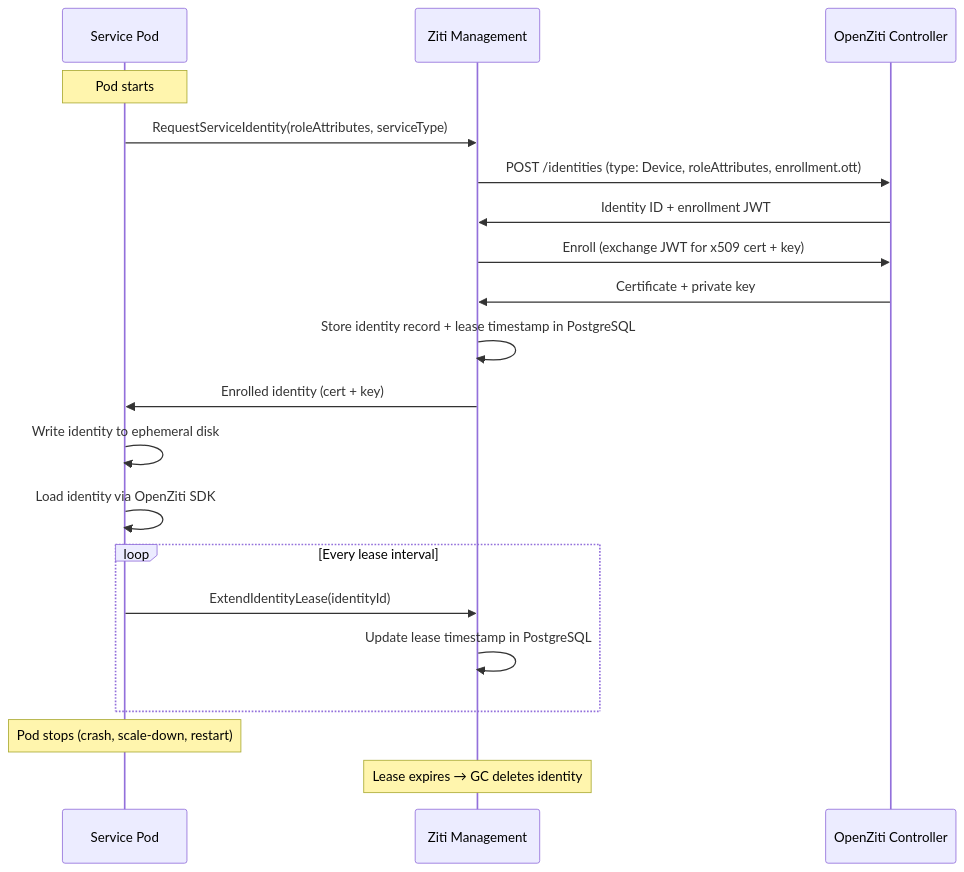
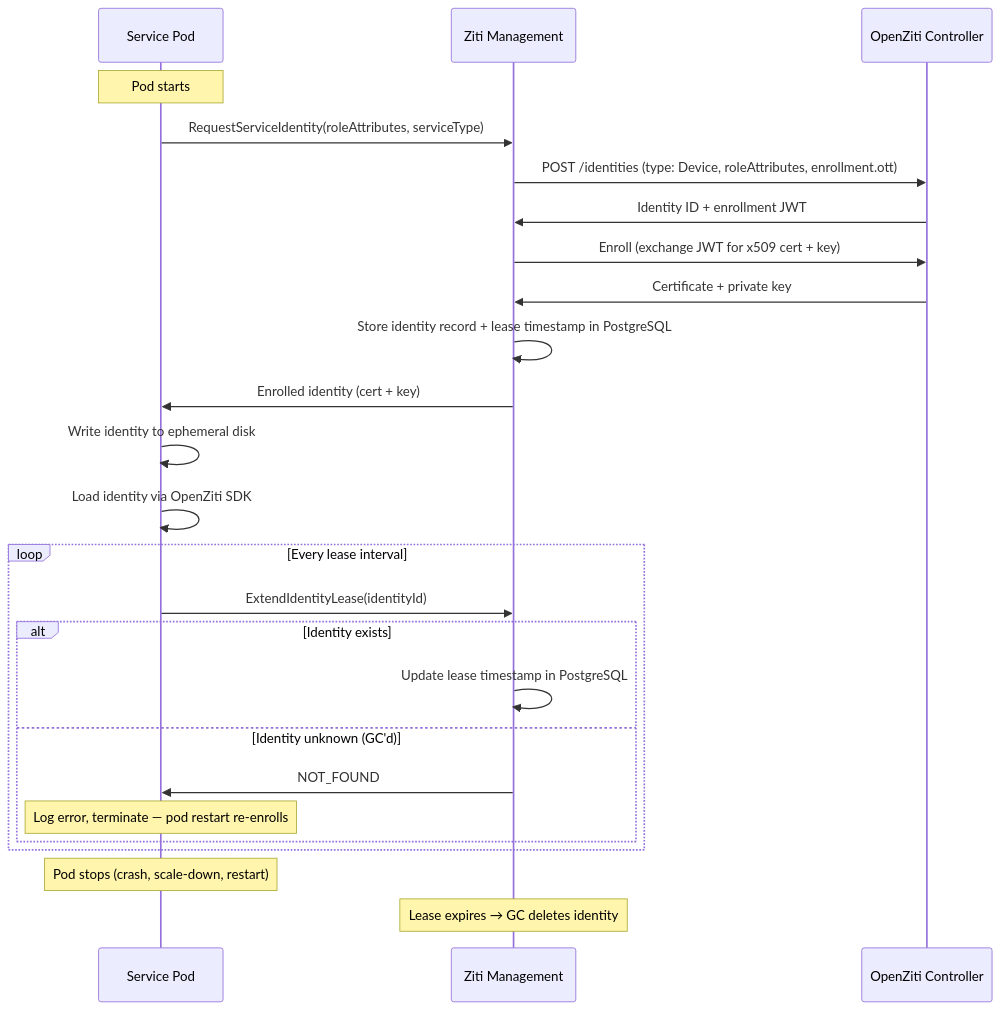
Before and after one commit to agynio/architecture: the second of 6 diagrams in architecture/openziti.md, drawn with Mermaid. The commit also changed other lines of this file and 11 other files, not shown here.

````diff
--- a/architecture/openziti.md
+++ b/architecture/openziti.md
@@ -196,25 +197,30 @@
 ```mermaid
 sequenceDiagram
     participant P as Service Pod
     participant ZM as Ziti Management
     participant ZC as OpenZiti Controller
 
     Note over P: Pod starts
     P->>ZM: RequestServiceIdentity(roleAttributes, serviceType)
     ZM->>ZC: POST /identities (type: Device, roleAttributes, enrollment.ott)
     ZC->>ZM: Identity ID + enrollment JWT
     ZM->>ZC: Enroll (exchange JWT for x509 cert + key)
     ZC->>ZM: Certificate + private key
     ZM->>ZM: Store identity record + lease timestamp in PostgreSQL
     ZM->>P: Enrolled identity (cert + key)
     P->>P: Write identity to ephemeral disk
     P->>P: Load identity via OpenZiti SDK
 
     loop Every lease interval
         P->>ZM: ExtendIdentityLease(identityId)
-        ZM->>ZM: Update lease timestamp in PostgreSQL
+        alt Identity exists
+            ZM->>ZM: Update lease timestamp in PostgreSQL
+        else Identity unknown (GC'd)
+            ZM->>P: NOT_FOUND
+            Note over P: Log error, terminate — pod restart re-enrolls
+        end
     end
 
     Note over P: Pod stops (crash, scale-down, restart)
     Note over ZM: Lease expires → GC deletes identity
 ```
````
